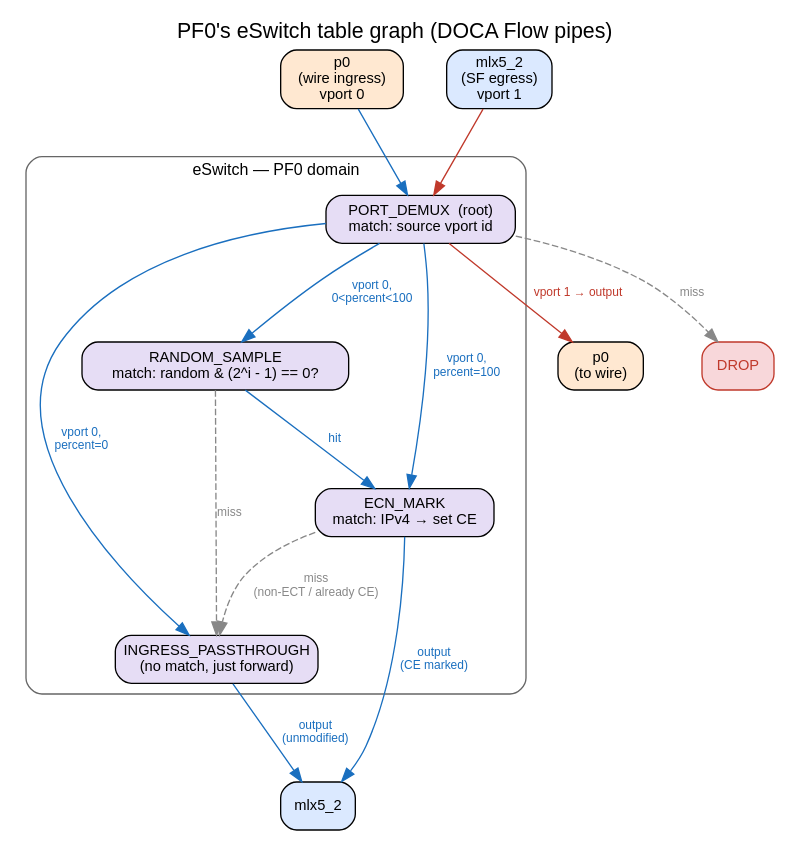
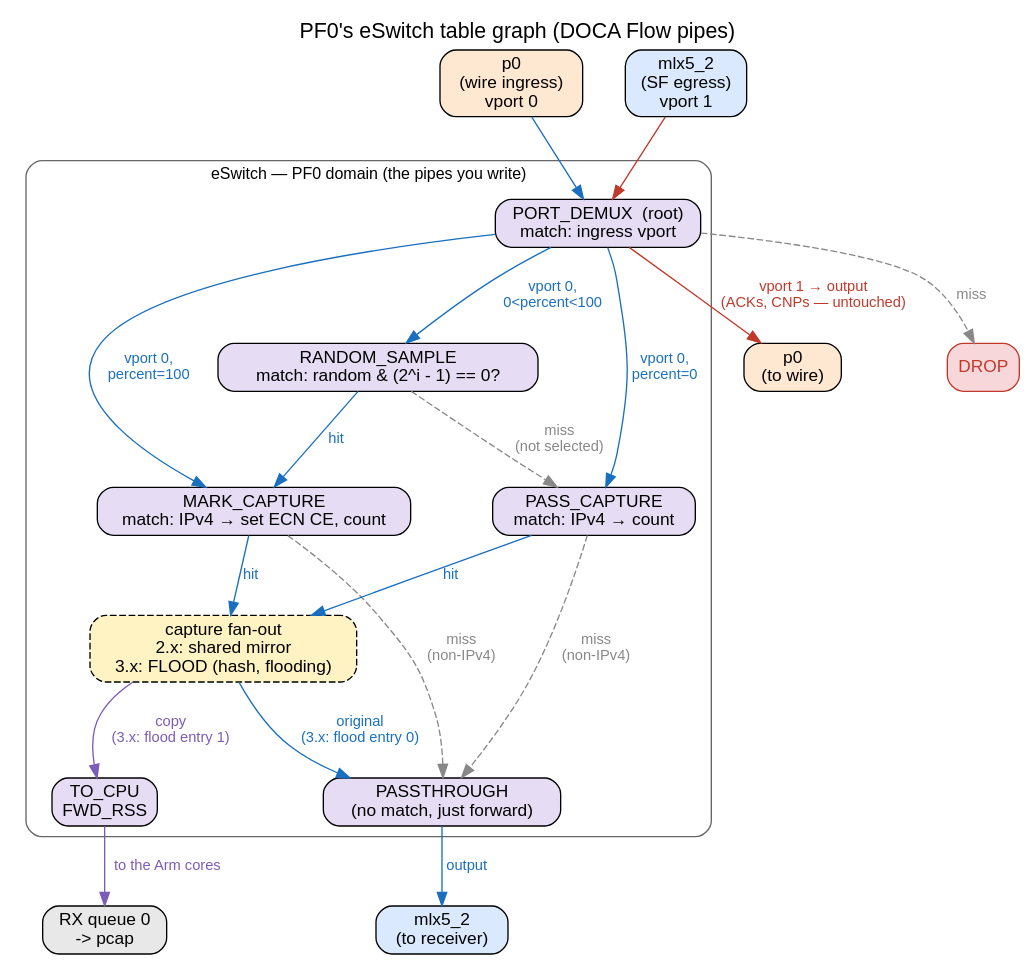
Before and after one commit to fchamicapereira/sigcomm26-tutorial-bluefield: the diagram in docs/pf0-eswitch-pipes.dot, drawn with Graphviz. The commit also changed 14 other files, not shown here.

Commit message:
Draft of the doca flow guide

```diff
--- a/docs/pf0-eswitch-pipes.dot
+++ b/docs/pf0-eswitch-pipes.dot
@@ -1,70 +1,97 @@
 /* Zoom-in on the single "PF0 domain" node of end-to-end-data-path.dot.
  *
  * The eSwitch is a multi-table match-action switch. A DOCA Flow "pipe" is a *flow table*, not a
  * pipeline stage: it has a match template, entries (rules), a per-entry forward, and a miss
  * action. Every packet entering the eSwitch — from the wire or from an SF — starts at the root
  * table, and each lookup either jumps to another table, outputs to a vport, or drops.
  *
  * Everything here lives in PF0's eSwitch domain (doca_flow_cfg_set_mode_args "switch,hws", all
  * pipes created with DOCA_FLOW_PIPE_DOMAIN_DEFAULT, which is the FDB in switch mode). PF1's
  * domain is untouched — fdb_def_rule_en=1 leaves the kernel's default FDB rules in place there.
  *
- * Which table PORT_DEMUX sends wire ingress to depends on percent: the RANDOM_SAMPLE table is
- * only built for 0 < percent < 100, and ECN_MARK is not built at all at percent 0.
+ * Pipe names match doca_flow_ecn_pcap.c / the participant template exactly. Keep them in step:
+ * this figure is the map participants navigate the code by, and an out-of-date name here costs
+ * more than a missing figure would. (It has been wrong once already — it said ECN_MARK and
+ * INGRESS_PASSTHROUGH long after the code had moved to MARK_CAPTURE / PASSTHROUGH.)
+ *
+ * Two run-time choices are drawn rather than resolved, because the mechanism is the point:
+ *   - which table wire ingress lands in depends on --percent (RANDOM_SAMPLE exists only for
+ *     0 < percent < 100, and MARK_CAPTURE is not built at all at percent 0);
+ *   - the capture fan-out is a shared mirror on DOCA 2.x and a hash/flooding pipe on 3.x.
+ * Without --pcap there is no capture at all: MARK_CAPTURE and PASS_CAPTURE then forward straight
+ * to the SF and neither the fan-out nor TO_CPU is built.
  */
 digraph pf0_eswitch_pipes {
   /* Top-to-bottom, unlike the end-to-end figures. In rankdir=LR graphviz lays edge labels out as
    * virtual nodes *between* ranks, so the long "percent" branch labels physically push the
    * columns apart and the figure ends up ~4:1 and unusable on a slide. In TB those same labels sit
    * beside the vertical edges instead, which brings it to roughly square with no label shortening. */
   rankdir=TB;
   fontname="Helvetica";
   labelloc="t";
   fontsize=16;
   label="PF0's eSwitch table graph (DOCA Flow pipes)";
   nodesep=0.45;
-  ranksep=0.75;
-  node [fontname="Helvetica", fontsize=11, shape=box, style="rounded,filled", fillcolor="#f5f5f5"];
-  edge [fontname="Helvetica", fontsize=9];
+  ranksep=0.65;
+  node [fontname="Helvetica", fontsize=13, shape=box, style="rounded,filled", fillcolor="#f5f5f5"];
+  edge [fontname="Helvetica", fontsize=11];
 
   /* vports: where packets enter and leave the eSwitch */
   in_p0 [label="p0\n(wire ingress)\nvport 0", fillcolor="#ffe8d1"];
   in_sf [label="mlx5_2\n(SF egress)\nvport 1", fillcolor="#dbe9ff"];
-  out_sf [label="mlx5_2", fillcolor="#dbe9ff"];
+  out_sf [label="mlx5_2\n(to receiver)", fillcolor="#dbe9ff"];
   out_p0 [label="p0\n(to wire)", fillcolor="#ffe8d1"];
   drop [label="DROP", fillcolor="#f8d7da", color="#c0392b", fontcolor="#c0392b"];
+  pcap [label="RX queue 0\n-> pcap", fillcolor="#e8e8e8"];
 
   subgraph cluster_pf0 {
-    label="eSwitch — PF0 domain";
+    label="eSwitch — PF0 domain (the pipes you write)";
     style="rounded";
     color="#666666";
     fontsize=12;
 
-    demux [label="PORT_DEMUX  (root)\nmatch: source vport id", fillcolor="#e6ddf5"];
+    demux  [label="PORT_DEMUX  (root)\nmatch: ingress vport", fillcolor="#e6ddf5"];
     sample [label="RANDOM_SAMPLE\nmatch: random & (2^i - 1) == 0?", fillcolor="#e6ddf5"];
-    ecn [label="ECN_MARK\nmatch: IPv4 → set CE", fillcolor="#e6ddf5"];
-    pass [label="INGRESS_PASSTHROUGH\n(no match, just forward)", fillcolor="#e6ddf5"];
+    mark   [label="MARK_CAPTURE\nmatch: IPv4 → set ECN CE, count", fillcolor="#e6ddf5"];
+    pass   [label="PASS_CAPTURE\nmatch: IPv4 → count", fillcolor="#e6ddf5"];
+    fanout [label="capture fan-out\n2.x: shared mirror\n3.x: FLOOD (hash, flooding)",
+            fillcolor="#fff3c4", style="rounded,filled,dashed"];
+    ptru   [label="PASSTHROUGH\n(no match, just forward)", fillcolor="#e6ddf5"];
+    tocpu  [label="TO_CPU\nFWD_RSS", fillcolor="#e6ddf5"];
   }
 
   /* both ingress directions land on the root table */
   in_p0 -> demux [color="#1a6fbf", fontcolor="#1a6fbf"];
   in_sf -> demux [color="#c0392b", fontcolor="#c0392b"];
 
-  /* root demuxes on source vport. The wire-ingress branch target is chosen once at startup by
-   * percent — exactly one of these three exists per run — but all three are drawn so the
+  /* root demuxes on the ingress vport. The wire-ingress branch target is chosen once at startup
+   * by --percent — exactly one of these three exists per run — but all three are drawn so the
    * mechanism is visible. Solid = a real path; dashed is reserved for miss/drop throughout. */
-  demux -> ecn [label="vport 0,\npercent=100", color="#1a6fbf", fontcolor="#1a6fbf"];
+  demux -> mark   [label="vport 0,\npercent=100", color="#1a6fbf", fontcolor="#1a6fbf"];
   demux -> sample [label="vport 0,\n0<percent<100", color="#1a6fbf", fontcolor="#1a6fbf"];
-  demux -> pass [label="vport 0,\npercent=0", color="#1a6fbf", fontcolor="#1a6fbf"];
-  demux -> out_p0 [label="vport 1 → output", color="#c0392b", fontcolor="#c0392b"];
-  demux -> drop [label="miss", color="#888888", fontcolor="#888888", style=dashed];
+  demux -> pass   [label="vport 0,\npercent=0", color="#1a6fbf", fontcolor="#1a6fbf"];
+  demux -> out_p0 [label="vport 1 → output\n(ACKs, CNPs — untouched)",
+                   color="#c0392b", fontcolor="#c0392b"];
+  demux -> drop   [label="miss", color="#888888", fontcolor="#888888", style=dashed];
 
   /* the sampler is a power-of-two approximation: it can only express 1/2^i, i = 1..16, so it
    * covers neither endpoint (0% is unreachable, and 100% would silently collapse to 50%). */
-  sample -> ecn [label="hit", color="#1a6fbf", fontcolor="#1a6fbf"];
-  sample -> pass [label="miss", color="#888888", fontcolor="#888888", style=dashed];
+  sample -> mark [label="hit", color="#1a6fbf", fontcolor="#1a6fbf"];
+  sample -> pass [label="miss\n(not selected)", color="#888888", fontcolor="#888888", style=dashed];
 
-  ecn -> pass [label="miss\n(non-ECT / already CE)", color="#888888", fontcolor="#888888", style=dashed];
-  ecn -> out_sf [label="output\n(CE marked)", color="#1a6fbf", fontcolor="#1a6fbf"];
-  pass -> out_sf [label="output\n(unmodified)", color="#1a6fbf", fontcolor="#1a6fbf"];
+  /* Both forwarding pipes do the same thing with a hit; only MARK_CAPTURE rewrites on the way. */
+  mark -> fanout [label="hit", color="#1a6fbf", fontcolor="#1a6fbf"];
+  pass -> fanout [label="hit", color="#1a6fbf", fontcolor="#1a6fbf"];
+  mark -> ptru [label="miss\n(non-IPv4)", color="#888888", fontcolor="#888888", style=dashed];
+  pass -> ptru [label="miss\n(non-IPv4)", color="#888888", fontcolor="#888888", style=dashed];
+
+  /* The fan-out is where the copy is taken — after the CE action, so the pcap shows marked
+   * packets. On 3.x the original really does travel via PASSTHROUGH (flooding entry 0); on 2.x
+   * the mirror sends it straight out to the vport. Drawn as the 3.x path since it is the one
+   * with a visible extra hop. */
+  fanout -> ptru  [label="original\n(3.x: flood entry 0)", color="#1a6fbf", fontcolor="#1a6fbf"];
+  fanout -> tocpu [label="copy\n(3.x: flood entry 1)", color="#7b5cb8", fontcolor="#7b5cb8"];
+
+  ptru -> out_sf [label="output", color="#1a6fbf", fontcolor="#1a6fbf"];
+  tocpu -> pcap  [label="to the Arm cores", color="#7b5cb8", fontcolor="#7b5cb8"];
 }
```
